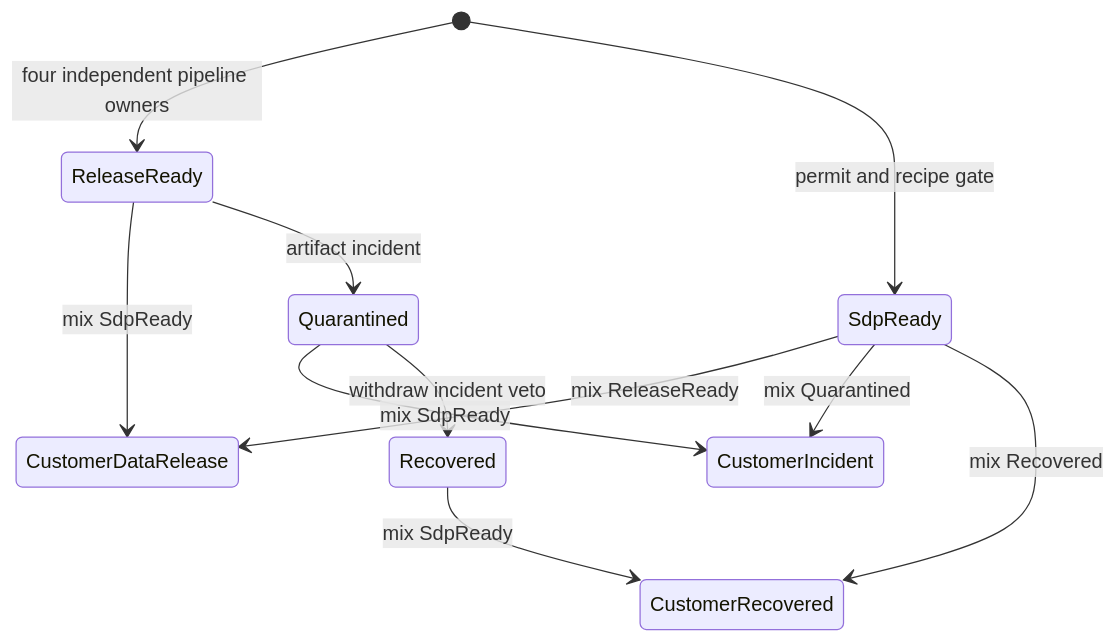
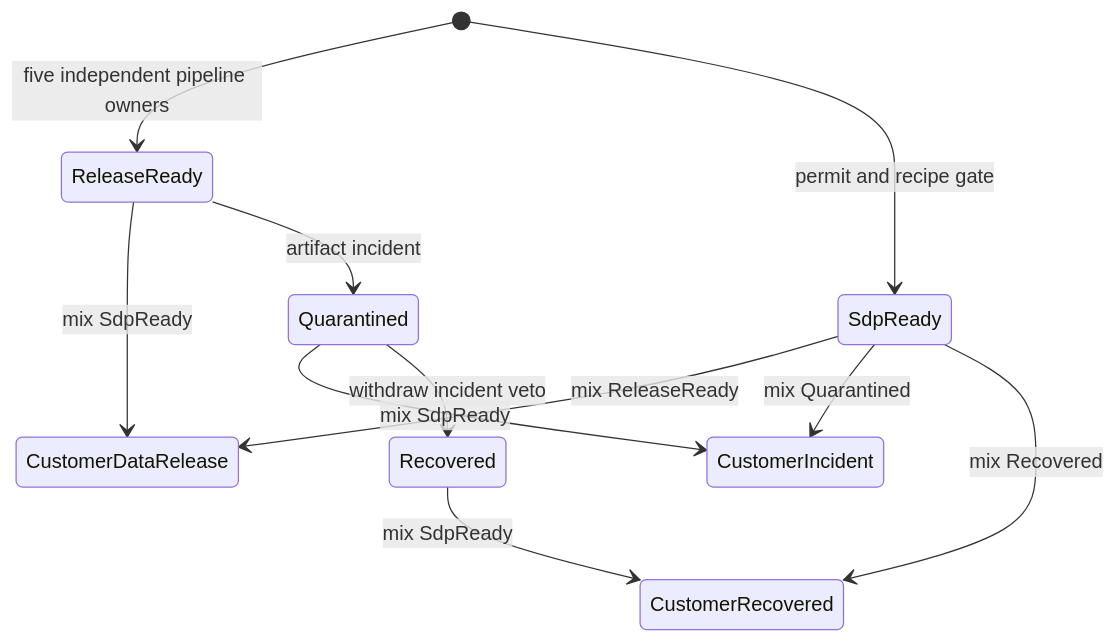
The diagram in Examples/Cloud/DataProtection/README.org (tao3k/cedar-poo-spec), drawn with Mermaid before and after one commit. The commit also changed other lines of this file and 19 other files, not shown here.

```diff
--- a/Examples/Cloud/DataProtection/README.org
+++ b/Examples/Cloud/DataProtection/README.org
@@ -25,13 +25,13 @@
 #+begin_src mermaid
 stateDiagram-v2
-  [*] --> ReleaseReady: four independent pipeline owners
+  [*] --> ReleaseReady: five independent pipeline owners
   [*] --> SdpReady: permit and recipe gate
   ReleaseReady --> CustomerDataRelease: mix SdpReady
   SdpReady --> CustomerDataRelease: mix ReleaseReady
   ReleaseReady --> Quarantined: artifact incident
   Quarantined --> CustomerIncident: mix SdpReady
   SdpReady --> CustomerIncident: mix Quarantined
   Quarantined --> Recovered: withdraw incident veto
   Recovered --> CustomerRecovered: mix SdpReady
   SdpReady --> CustomerRecovered: mix Recovered
 #+end_src
```
